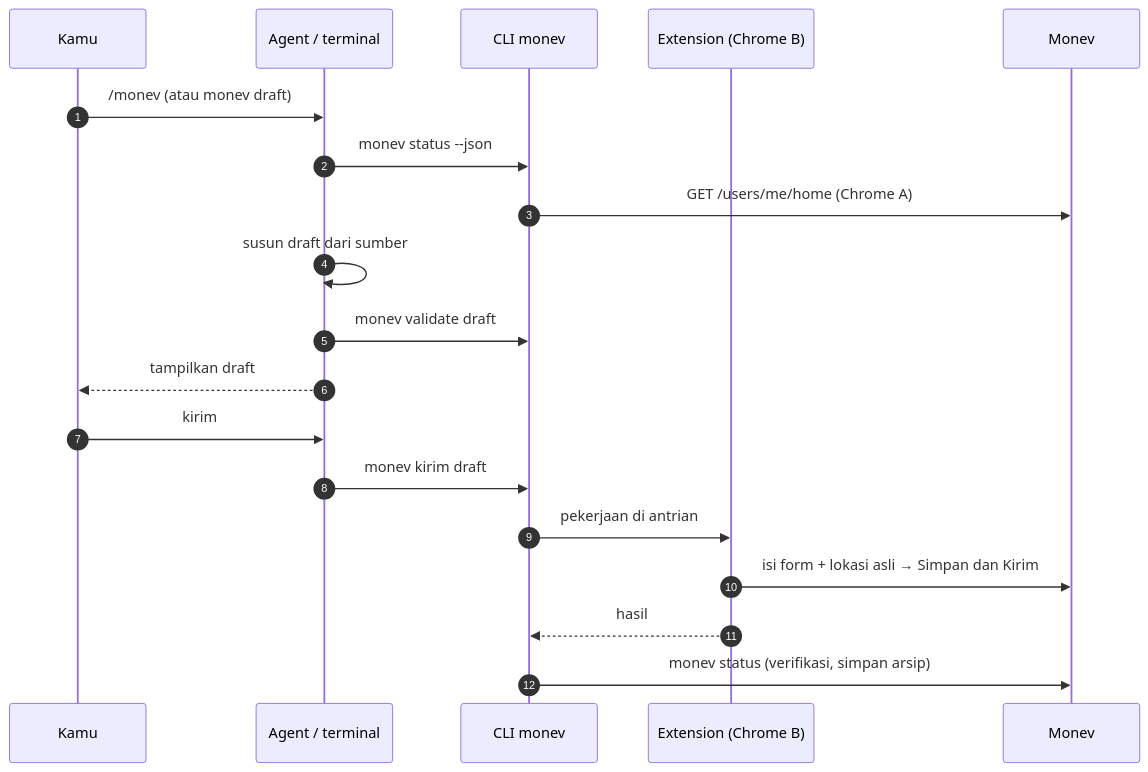
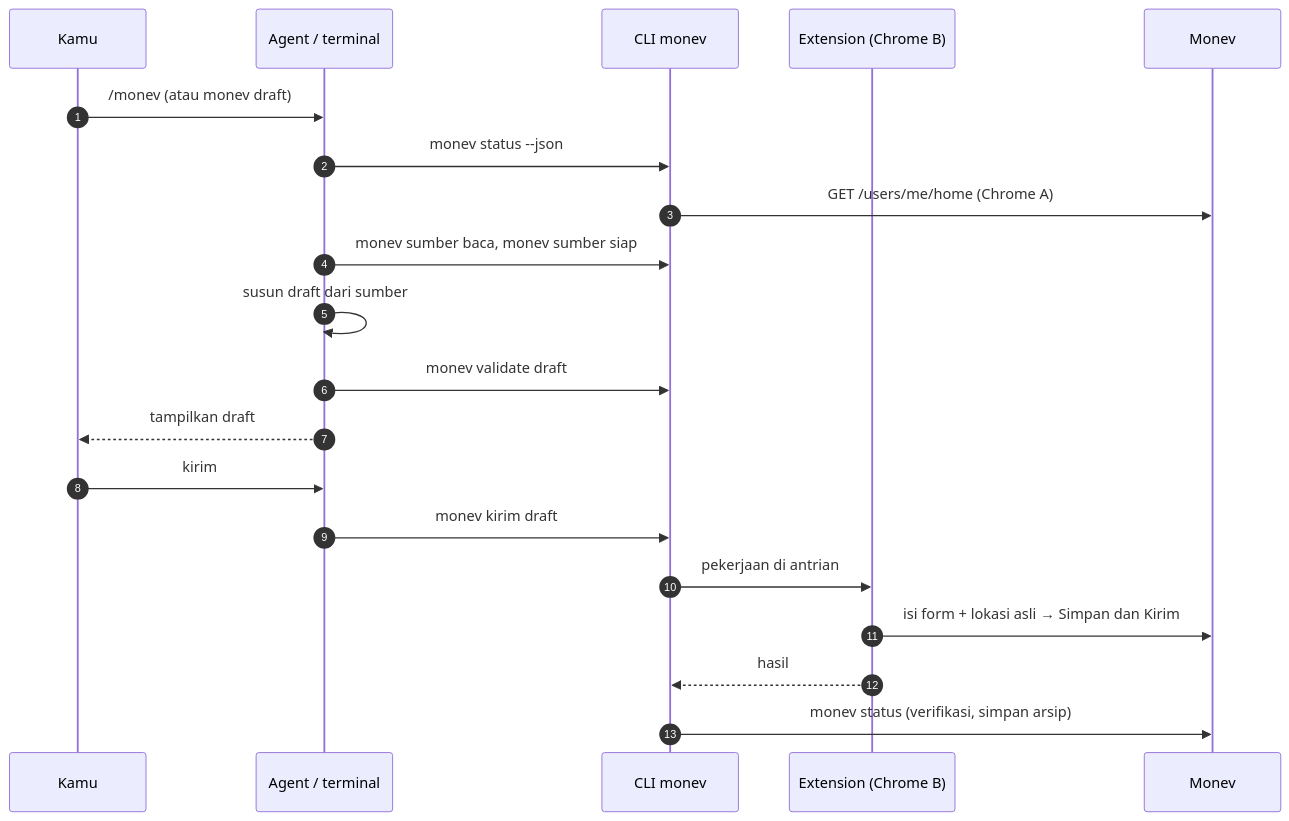
One commit to surya-devss/monev changed the second of 2 diagrams in docs/teknis/arsitektur.md. Above: the diagram before and after it, drawn with Mermaid. The commit also changed other lines of this file and 51 other files, not shown here.

````diff
--- a/docs/teknis/arsitektur.md
+++ b/docs/teknis/arsitektur.md
@@ -86,22 +86,23 @@
 ```mermaid
 sequenceDiagram
   autonumber
   participant U as Kamu
   participant G as Agent / terminal
   participant C as CLI monev
   participant E as Extension (Chrome B)
   participant M as Monev
 
   U->>G: /monev  (atau monev draft)
   G->>C: monev status --json
   C->>M: GET /users/me/home (Chrome A)
+  G->>C: monev sumber baca, monev sumber siap
   G->>G: susun draft dari sumber
   G->>C: monev validate draft
   G-->>U: tampilkan draft
   U->>G: kirim
   G->>C: monev kirim draft
   C->>E: pekerjaan di antrian
   E->>M: isi form + lokasi asli → Simpan dan Kirim
   E-->>C: hasil
   C->>M: monev status (verifikasi, simpan arsip)
 ```
````
